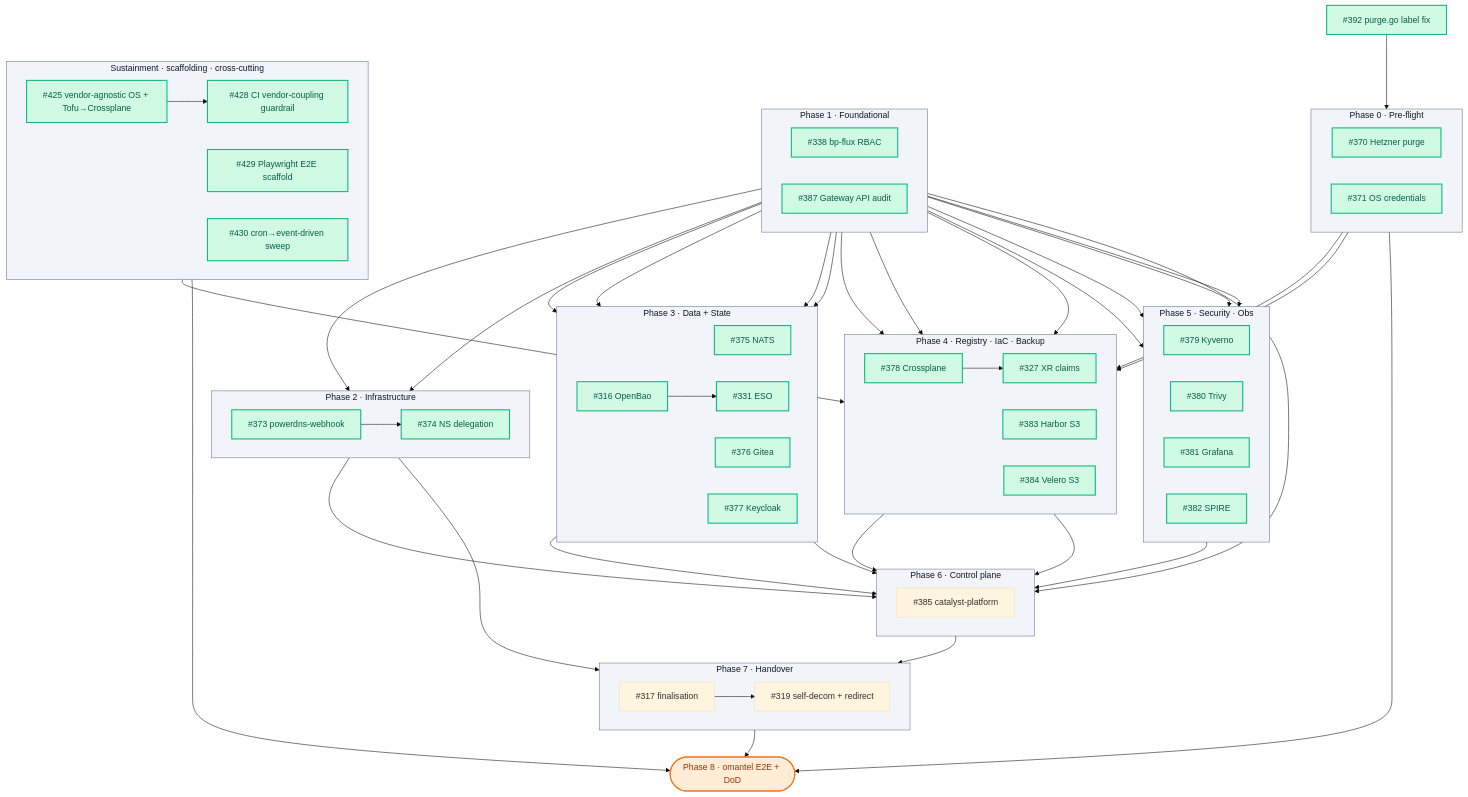
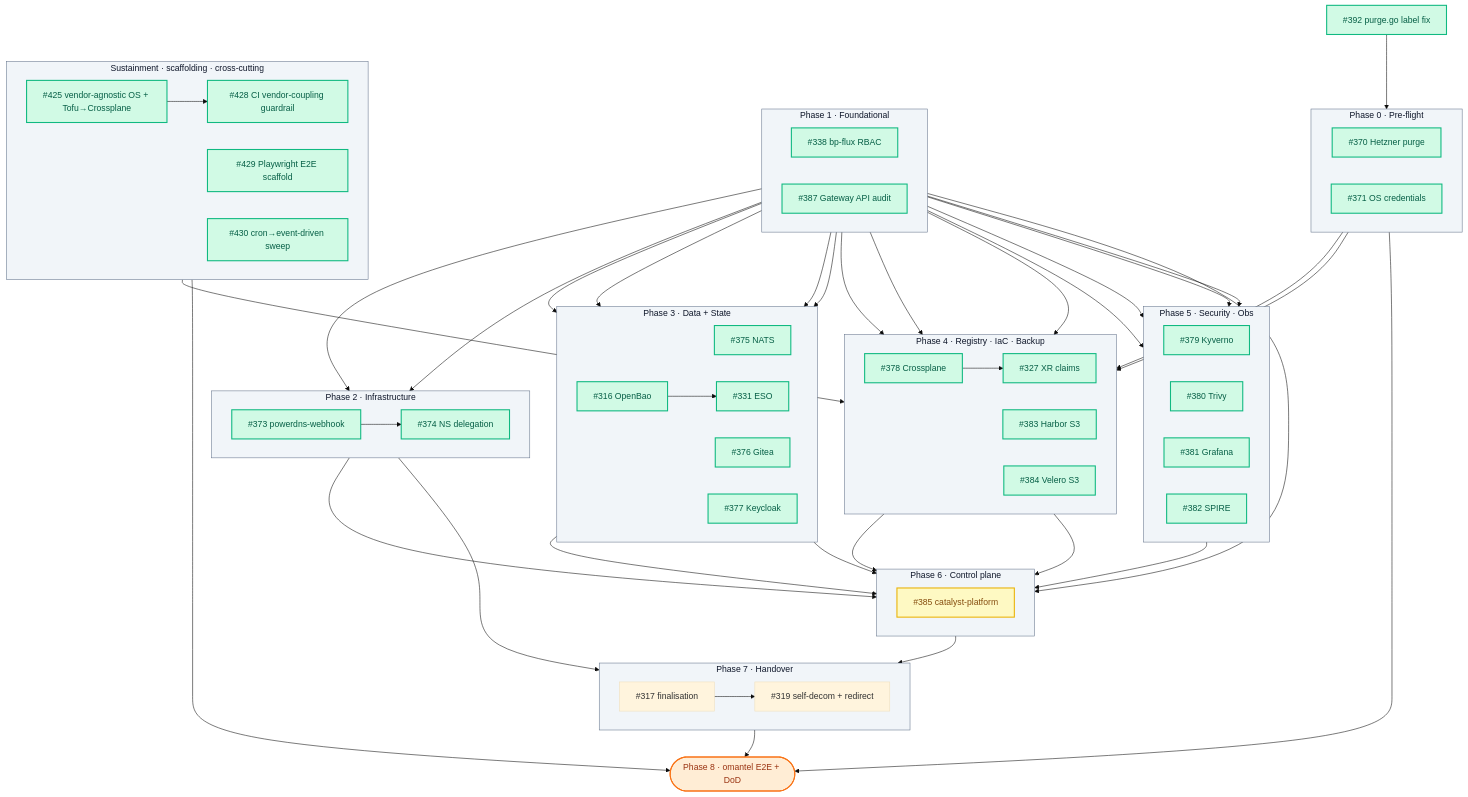
One commit to openova-io/openova changed the diagram in docs/omantel-handover-wbs.md. Above: the diagram before and after it, drawn with Mermaid (base theme). The commit also changed other lines of this file, not shown here.

````diff
--- a/docs/omantel-handover-wbs.md
+++ b/docs/omantel-handover-wbs.md
@@ -205,6 +205,7 @@
 
     class PH0,PH1,PH2,PH3,PH4,PH5,PH6,PH7,SCAF phase
     class T316,T327,T331,T338,T370,T371,T373,T374,T375,T376,T377,T378,T379,T380,T381,T382,T383,T384,T387,T392,T425,T428,T429,T430 done
+    class T385,T438 wip
 
     %% Clickable ticket numbers — open the GitHub issue in a new tab
     click T316 "https://github.com/openova-io/openova/issues/316" "Open #316" _blank
@@ -234,5 +235,6 @@
     click T428 "https://github.com/openova-io/openova/issues/428" "Open #428" _blank
     click T429 "https://github.com/openova-io/openova/issues/429" "Open #429" _blank
     click T430 "https://github.com/openova-io/openova/issues/430" "Open #430" _blank
+    click T438 "https://github.com/openova-io/openova/issues/438" "Open #438" _blank
     click P8 "https://github.com/openova-io/openova/issues/369" "Open epic #369" _blank
 ```
````
